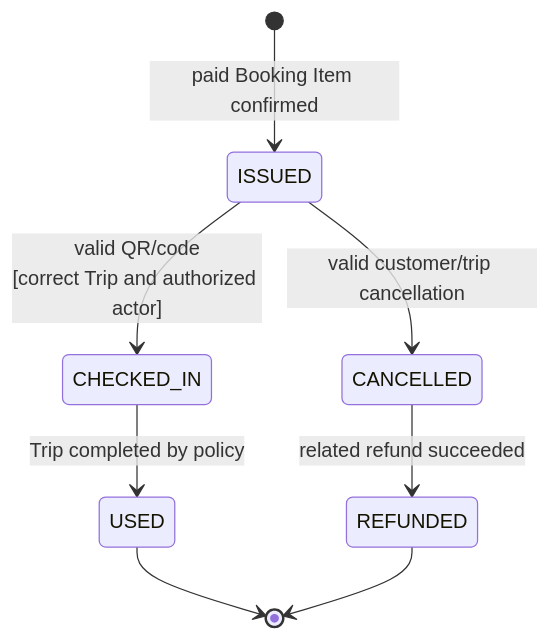
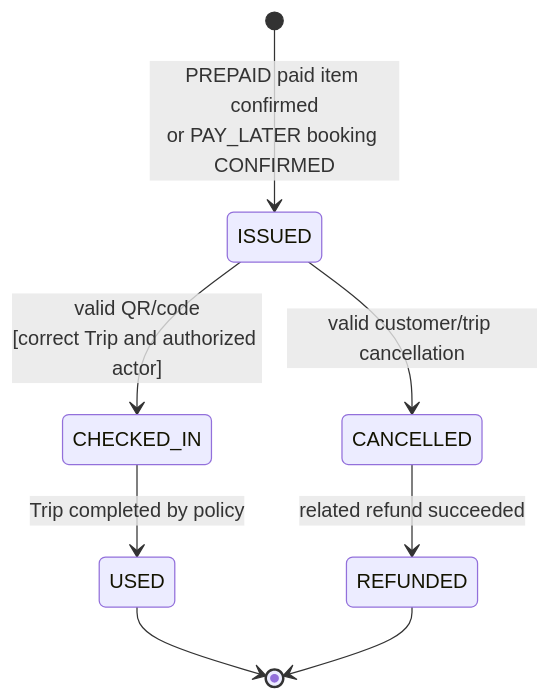
One commit to TrisMinh/PBL6 changed the diagram in docs/system-design/02-05-state-machine-diagrams/05-ticket.md. Above: the diagram before and after it, drawn with Mermaid. The commit also changed other lines of this file and 68 other files, not shown here.

First line of the commit message:
docs: add SRS 2.0.1 pay-later and platform commission

````diff
--- a/docs/system-design/02-05-state-machine-diagrams/05-ticket.md
+++ b/docs/system-design/02-05-state-machine-diagrams/05-ticket.md
@@ -5,10 +5,10 @@
 ```mermaid
 stateDiagram-v2
-    [*] --> ISSUED: paid Booking Item confirmed
+    [*] --> ISSUED: PREPAID paid item confirmed<br/>or PAY_LATER booking CONFIRMED
     ISSUED --> CHECKED_IN: valid QR/code<br/>[correct Trip and authorized actor]
     CHECKED_IN --> USED: Trip completed by policy
     ISSUED --> CANCELLED: valid customer/trip cancellation
     CANCELLED --> REFUNDED: related refund succeeded
     USED --> [*]
     REFUNDED --> [*]
 ```
````
